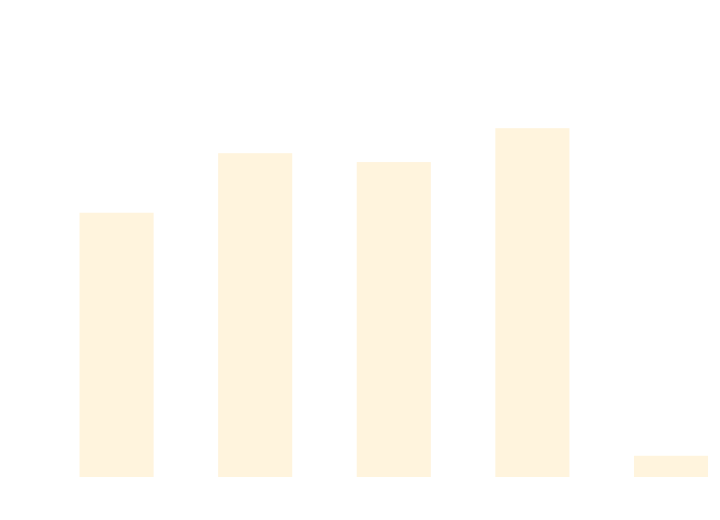
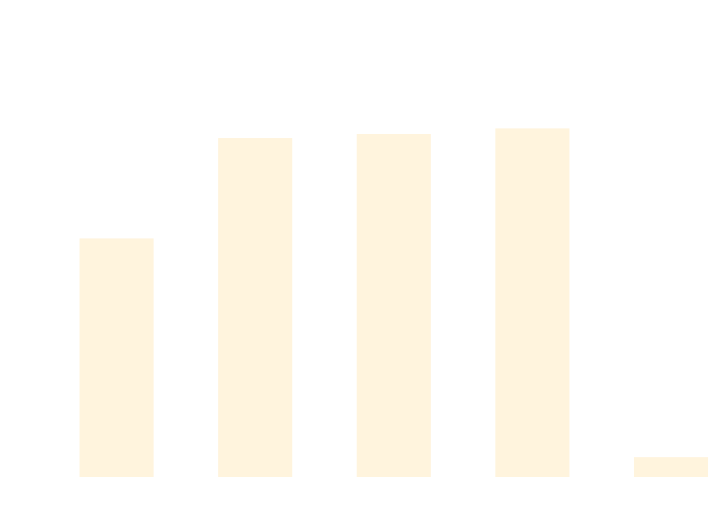
The diagram in docs/docs/benchmarks/DataDrivenTests.md (thomhurst/TUnit), drawn with Mermaid before and after one commit. The commit also changed other lines of this file and 17 other files, not shown here.

````diff
--- a/docs/docs/benchmarks/DataDrivenTests.md
+++ b/docs/docs/benchmarks/DataDrivenTests.md
@@ -27,37 +27,37 @@
 ```mermaid
 %%{init: {
   'theme':'base',
   'themeVariables': {
     'primaryColor': '#2563eb',
     'primaryTextColor': '#ffffff',
     'primaryBorderColor': '#1e40af',
     'lineColor': '#6b7280',
     'secondaryColor': '#7c3aed',
     'tertiaryColor': '#dc2626',
     'background': '#ffffff',
     'mainBkg': '#2563eb',
     'secondBkg': '#7c3aed',
     'tertiaryBkg': '#dc2626',
     'clusterBkg': '#f3f4f6',
     'edgeLabelBackground': '#ffffff',
     'tertiaryTextColor': '#1f2937',
     'pie1': '#2563eb',
     'pie2': '#7c3aed',
     'pie3': '#dc2626',
     'pie4': '#f59e0b',
     'pie5': '#10b981',
     'pie6': '#06b6d4',
     'pie7': '#ec4899',
     'pie8': '#6366f1',
     'pie9': '#84cc16',
     'pie10': '#f97316',
     'pie11': '#14b8a6',
     'pie12': '#a855f7'
   }
 }}%%
 xychart-beta
   title "DataDrivenTests Performance Comparison"
   x-axis ["TUnit", "NUnit", "MSTest", "xUnit3", "TUnit_AOT"]
-  y-axis "Time (ms)" 0 --> 745
-  bar [466.79, 575.24, 559.06, 620.81, 24.12]
+  y-axis "Time (ms)" 0 --> 793
+  bar [447.07, 641.68, 649.54, 660.41, 22.96]
 ```
````
